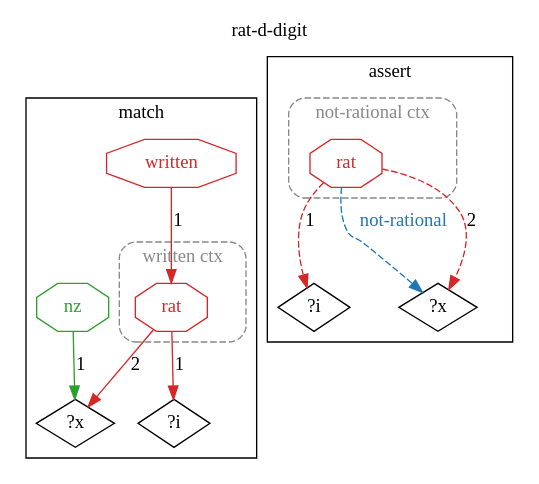
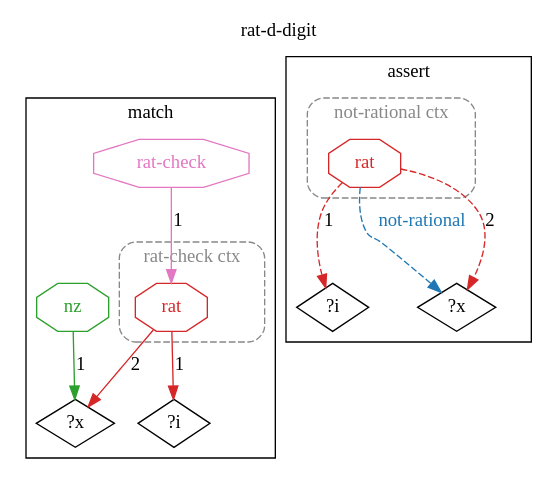
The diagram in docs/ein/user/04-reference/04-stdlib/diagrams/13-std.math.rat.rat-d-digit.dot (agutikov/ein), drawn with Graphviz before and after one commit. The commit also changed 250 other files, not shown here.

```diff
--- a/docs/ein/user/04-reference/04-stdlib/diagrams/13-std.math.rat.rat-d-digit.dot
+++ b/docs/ein/user/04-reference/04-stdlib/diagrams/13-std.math.rat.rat-d-digit.dot
@@ -1,29 +1,29 @@
 digraph rule_rat_d_digit_lhs_rhs {
   rankdir=TB;
   label="rat-d-digit"; labelloc=t;
   subgraph cluster_lhs { label="match";
     "?i_L" [label="?i", shape=diamond];
     "?x_L" [label="?x", shape=diamond];
     subgraph cluster_ctx_L_0 {
-      label="written ctx"; style="dashed,rounded"; color="#888888"; fontcolor="#888888";
+      label="rat-check ctx"; style="dashed,rounded"; color="#888888"; fontcolor="#888888";
       "(rat ?i ?x)_L" [shape=octagon, label="rat", color="#d62728", fontcolor="#d62728"];
     }
-    "h1_written_L" [shape=octagon, label="written", color="#d62728", fontcolor="#d62728"];
-    "h1_written_L" -> "(rat ?i ?x)_L" [label="1", color="#d62728"];
+    "h1_rat-check_L" [shape=octagon, label="rat-check", color="#e377c2", fontcolor="#e377c2"];
+    "h1_rat-check_L" -> "(rat ?i ?x)_L" [label="1", color="#e377c2"];
     "h2_nz_L" [shape=octagon, label="nz", color="#2ca02c", fontcolor="#2ca02c"];
     "h2_nz_L" -> "?x_L" [label="1", color="#2ca02c"];
     "(rat ?i ?x)_L" -> "?i_L" [label="1", color="#d62728"];
     "(rat ?i ?x)_L" -> "?x_L" [label="2", color="#d62728"];
   }
   subgraph cluster_rhs { label="assert";
     "?i_R" [label="?i", shape=diamond];
     "?x_R" [label="?x", shape=diamond];
     subgraph cluster_ctx_R_0 {
       label="not-rational ctx"; style="dashed,rounded"; color="#888888"; fontcolor="#888888";
       "(rat ?i ?x)_R" [shape=octagon, label="rat", color="#d62728", fontcolor="#d62728"];
     }
     "(rat ?i ?x)_R" -> "?x_R" [label="not-rational", color="#1f77b4", fontcolor="#1f77b4", style=dashed];
     "(rat ?i ?x)_R" -> "?i_R" [label="1", color="#d62728", style=dashed];
     "(rat ?i ?x)_R" -> "?x_R" [label="2", color="#d62728", style=dashed];
   }
 }
```
